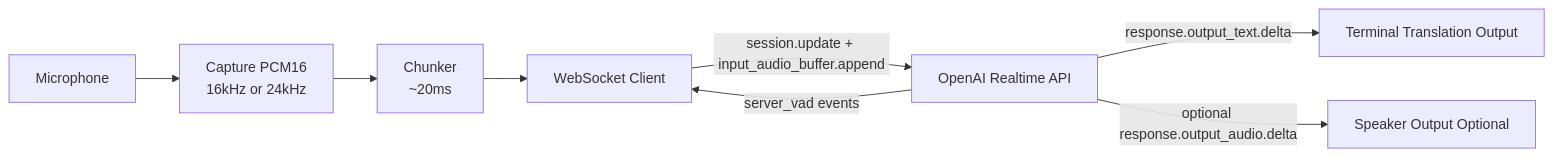
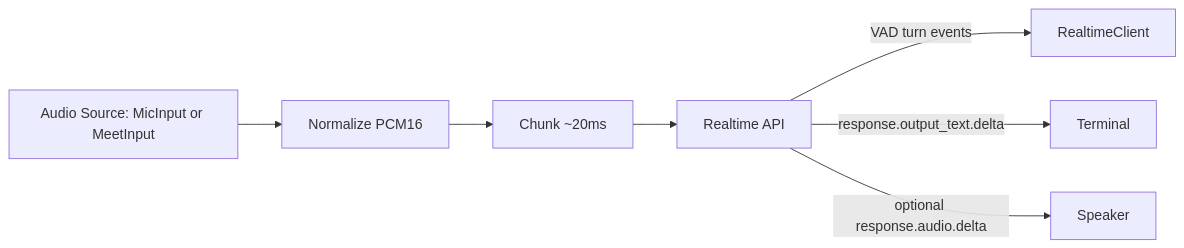
One commit to Huy-8bit/MeetQ changed the second of 3 diagrams in docs/architecture.md. Above: the diagram before and after it, drawn with Mermaid. The commit also changed other lines of this file and 5 other files, not shown here.

Commit message:
Enhance documentation and architecture for Phase 2 Google Meet integration; add new `MeetInput` audio path and update requirements.

````diff
--- a/docs/architecture.md
+++ b/docs/architecture.md
@@ -25,10 +58,9 @@
 ```mermaid
 flowchart LR
-    mic[Microphone] --> cap[Capture PCM16\n16kHz or 24kHz]
-    cap --> chunk[Chunker\n~20ms]
-    chunk --> ws[WebSocket Client]
-    ws -->|session.update + input_audio_buffer.append| rt[OpenAI Realtime API]
-    rt -->|server_vad events| ws
-    rt -->|response.output_text.delta| ui[Terminal Translation Output]
-    rt -->|optional response.output_audio.delta| spk[Speaker Output Optional]
+    src[Audio Source: MicInput or MeetInput] --> norm[Normalize PCM16]
+    norm --> ch[Chunk ~20ms]
+    ch --> rt[Realtime API]
+    rt -->|VAD turn events| app[RealtimeClient]
+    rt -->|response.output_text.delta| ui[Terminal]
+    rt -->|optional response.audio.delta| spk[Speaker]
 ```
````
